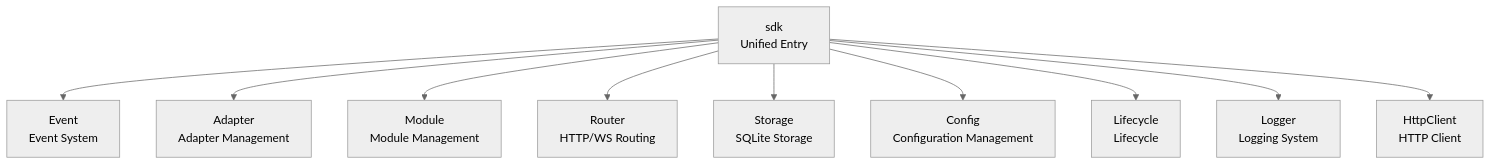
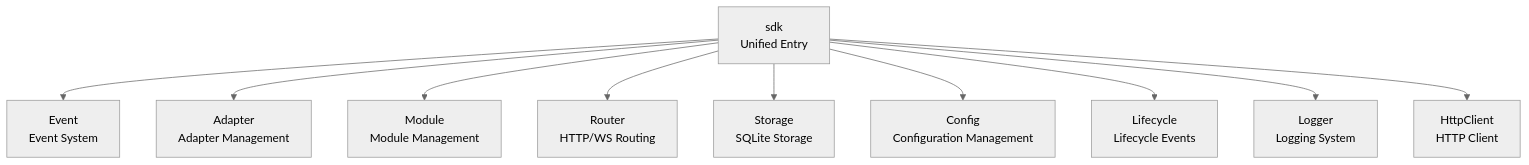
The second of 2 diagrams in README.md (ErisPulse/ErisPulse), drawn with Mermaid (neutral theme) before and after one commit. The commit also changed other lines of this file and 31 other files, not shown here.

````diff
--- a/README.md
+++ b/README.md
@@ -541,14 +500,14 @@
 ```mermaid
 graph TB
     SDK["sdk<br/>Unified Entry"]
 
     SDK --> Event["Event<br/>Event System"]
     SDK --> AdapterMgr["Adapter<br/>Adapter Management"]
     SDK --> ModuleMgr["Module<br/>Module Management"]
     SDK --> Router["Router<br/>HTTP/WS Routing"]
     SDK --> Storage["Storage<br/>SQLite Storage"]
     SDK --> Config["Config<br/>Configuration Management"]
-    SDK --> Lifecycle["Lifecycle<br/>Lifecycle"]
+    SDK --> Lifecycle["Lifecycle<br/>Lifecycle Events"]
     SDK --> Logger["Logger<br/>Logging System"]
     SDK --> Client["HttpClient<br/>HTTP Client"]
 ```
````
